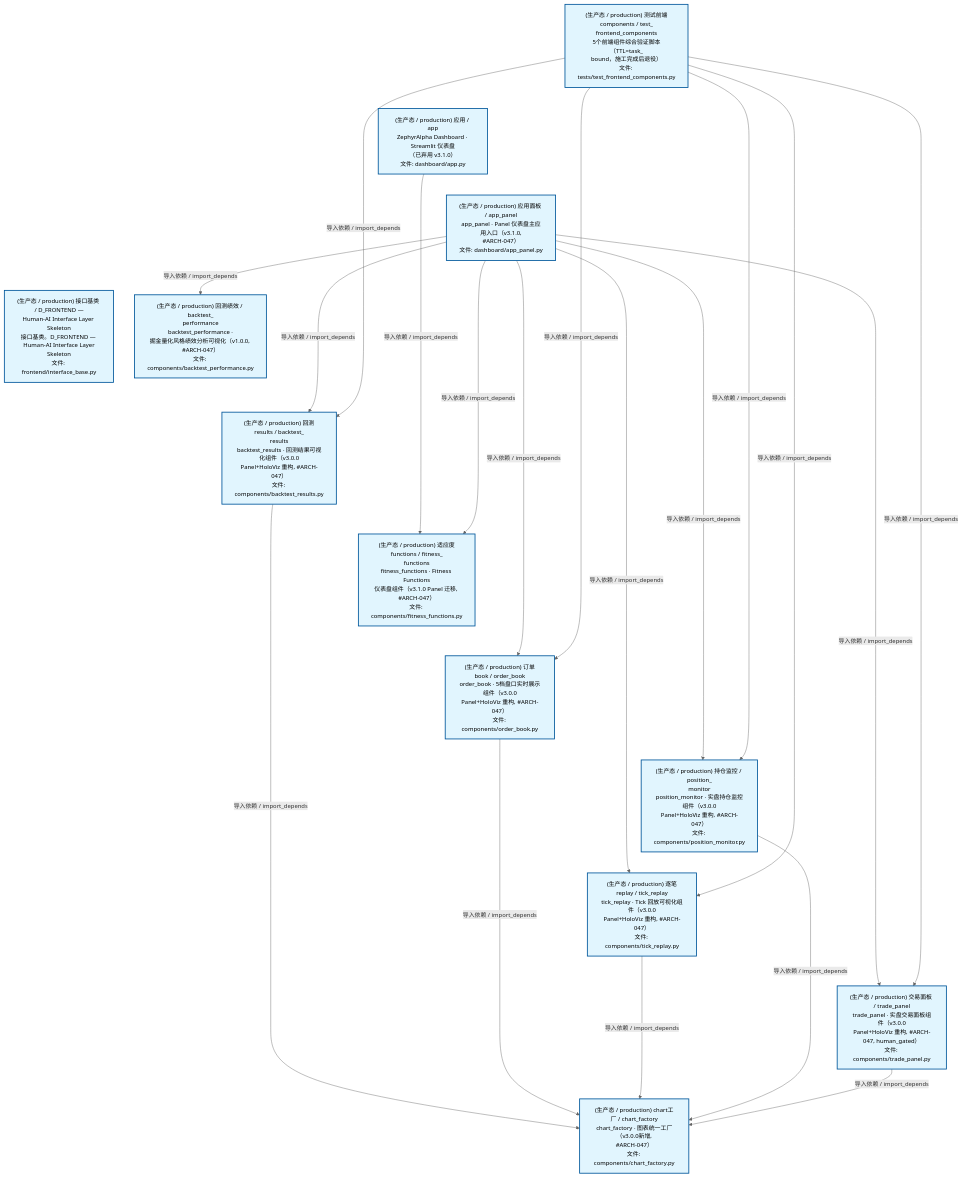
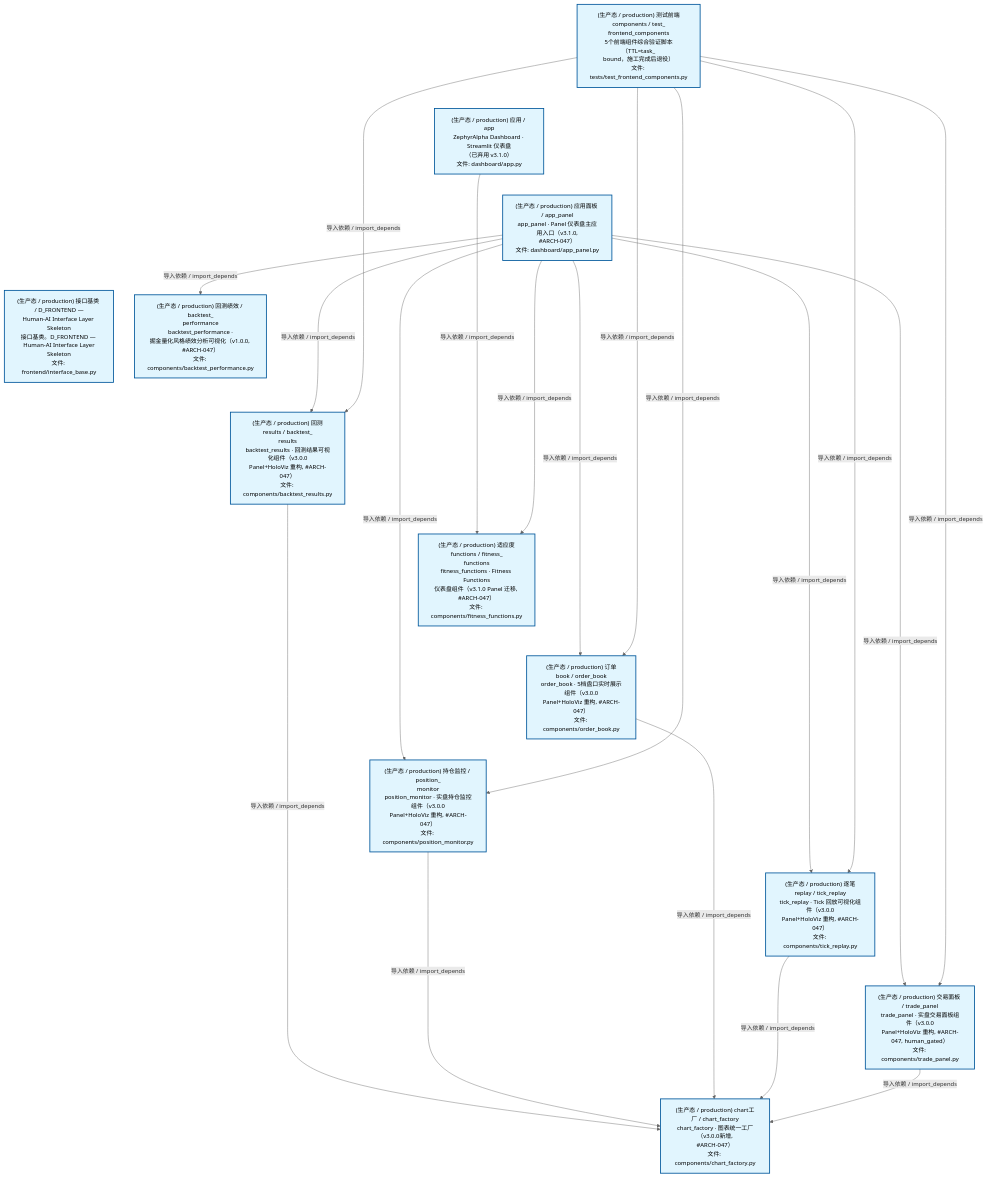
The second of 4 diagrams in docs/02_enterprise_architecture/02_domain_architecture_docs/47_d_frontend.md (xuanFelixVan/ZephyrAlpha), drawn with Mermaid before and after one commit. The commit also changed other lines of this file and 37 other files, not shown here.

````diff
--- a/docs/02_enterprise_architecture/02_domain_architecture_docs/47_d_frontend.md
+++ b/docs/02_enterprise_architecture/02_domain_architecture_docs/47_d_frontend.md
@@ -124,48 +124,48 @@
 ```mermaid
 %%{init: {'theme': 'base', 'themeVariables': {'primaryColor': '#eaeaea', 'primaryTextColor': '#333333', 'primaryBorderColor': '#666666', 'lineColor': '#666666', 'secondaryColor': '#eaeaea', 'tertiaryColor': '#eaeaea', 'fontSize': '14px'}}}%%
 flowchart TD
     scripts_tests_test_frontend_components_py["(生产态 / production) 测试前端components / test_<br/>frontend_components<br/>5个前端组件综合验证脚本（TTL=task_<br/>bound，施工完成后退役）<br/>文件: tests/test_frontend_components.py"]
     src_zephyr_frontend_dashboard_app_py["(生产态 / production) 应用 / app<br/>ZephyrAlpha Dashboard · Streamlit 仪表盘<br/>（已弃用 v3.1.0）<br/>文件: dashboard/app.py"]
     src_zephyr_frontend_dashboard_app_panel_py["(生产态 / production) 应用面板 / app_panel<br/>app_panel · Panel 仪表盘主应用入口（v3.1.0,<br/>#ARCH-047）<br/>文件: dashboard/app_panel.py"]
     src_zephyr_frontend_interface_base_py["(生产态 / production) 接口基类 / D_FRONTEND —<br/>Human-AI Interface Layer Skeleton<br/>接口基类。D_FRONTEND — Human-AI Interface Layer<br/>Skeleton<br/>文件: frontend/interface_base.py"]
     scripts_tests_test_frontend_components_py ~~~ src_zephyr_frontend_dashboard_app_py
     src_zephyr_frontend_dashboard_app_py ~~~ src_zephyr_frontend_dashboard_app_panel_py
     src_zephyr_frontend_dashboard_app_panel_py ~~~ src_zephyr_frontend_interface_base_py
     src_zephyr_frontend_dashboard_components_backtest_performance_py["(生产态 / production) 回测绩效 / backtest_<br/>performance<br/>backtest_performance ·<br/>掘金量化风格绩效分析可视化（v1.0.0, #ARCH-047）<br/>文件: components/backtest_performance.py"]
     src_zephyr_frontend_dashboard_components_backtest_results_py["(生产态 / production) 回测results / backtest_<br/>results<br/>backtest_results · 回测结果可视化组件（v3.0.0<br/>Panel+HoloViz 重构, #ARCH-047）<br/>文件: components/backtest_results.py"]
     src_zephyr_frontend_dashboard_components_fitness_functions_py["(生产态 / production) 适应度functions / fitness_<br/>functions<br/>fitness_functions · Fitness Functions<br/>仪表盘组件（v3.1.0 Panel 迁移, #ARCH-047）<br/>文件: components/fitness_functions.py"]
     src_zephyr_frontend_dashboard_components_order_book_py["(生产态 / production) 订单book / order_book<br/>order_book · 5档盘口实时展示组件（v3.0.0<br/>Panel+HoloViz 重构, #ARCH-047）<br/>文件: components/order_book.py"]
     src_zephyr_frontend_dashboard_components_position_monitor_py["(生产态 / production) 持仓监控 / position_<br/>monitor<br/>position_monitor · 实盘持仓监控组件（v3.0.0<br/>Panel+HoloViz 重构, #ARCH-047）<br/>文件: components/position_monitor.py"]
     src_zephyr_frontend_dashboard_components_tick_replay_py["(生产态 / production) 逐笔replay / tick_replay<br/>tick_replay · Tick 回放可视化组件（v3.0.0<br/>Panel+HoloViz 重构, #ARCH-047）<br/>文件: components/tick_replay.py"]
     src_zephyr_frontend_dashboard_components_trade_panel_py["(生产态 / production) 交易面板 / trade_panel<br/>trade_panel · 实盘交易面板组件（v3.0.0<br/>Panel+HoloViz 重构, #ARCH-047, human_gated）<br/>文件: components/trade_panel.py"]
     src_zephyr_frontend_dashboard_components_backtest_performance_py ~~~ src_zephyr_frontend_dashboard_components_backtest_results_py
     src_zephyr_frontend_dashboard_components_backtest_results_py ~~~ src_zephyr_frontend_dashboard_components_fitness_functions_py
     src_zephyr_frontend_dashboard_components_fitness_functions_py ~~~ src_zephyr_frontend_dashboard_components_order_book_py
     src_zephyr_frontend_dashboard_components_order_book_py ~~~ src_zephyr_frontend_dashboard_components_position_monitor_py
     src_zephyr_frontend_dashboard_components_position_monitor_py ~~~ src_zephyr_frontend_dashboard_components_tick_replay_py
     src_zephyr_frontend_dashboard_components_tick_replay_py ~~~ src_zephyr_frontend_dashboard_components_trade_panel_py
     src_zephyr_frontend_dashboard_components_chart_factory_py["(生产态 / production) chart工厂 / chart_factory<br/>chart_factory · 图表统一工厂（v3.0.0新增,<br/>#ARCH-047）<br/>文件: components/chart_factory.py"]
     src_zephyr_frontend_dashboard_app_py -->|导入依赖 / import_depends| src_zephyr_frontend_dashboard_components_fitness_functions_py
-    src_zephyr_frontend_dashboard_components_backtest_results_py -->|导入依赖 / import_depends| src_zephyr_frontend_dashboard_components_chart_factory_py
     src_zephyr_frontend_dashboard_app_panel_py -->|导入依赖 / import_depends| src_zephyr_frontend_dashboard_components_backtest_results_py
+    src_zephyr_frontend_dashboard_app_panel_py -->|导入依赖 / import_depends| src_zephyr_frontend_dashboard_components_backtest_performance_py
     src_zephyr_frontend_dashboard_app_panel_py -->|导入依赖 / import_depends| src_zephyr_frontend_dashboard_components_fitness_functions_py
+    src_zephyr_frontend_dashboard_app_panel_py -->|导入依赖 / import_depends| src_zephyr_frontend_dashboard_components_position_monitor_py
     src_zephyr_frontend_dashboard_app_panel_py -->|导入依赖 / import_depends| src_zephyr_frontend_dashboard_components_order_book_py
     src_zephyr_frontend_dashboard_app_panel_py -->|导入依赖 / import_depends| src_zephyr_frontend_dashboard_components_tick_replay_py
-    src_zephyr_frontend_dashboard_app_panel_py -->|导入依赖 / import_depends| src_zephyr_frontend_dashboard_components_position_monitor_py
-    src_zephyr_frontend_dashboard_app_panel_py -->|导入依赖 / import_depends| src_zephyr_frontend_dashboard_components_backtest_performance_py
     src_zephyr_frontend_dashboard_app_panel_py -->|导入依赖 / import_depends| src_zephyr_frontend_dashboard_components_trade_panel_py
+    src_zephyr_frontend_dashboard_components_backtest_results_py -->|导入依赖 / import_depends| src_zephyr_frontend_dashboard_components_chart_factory_py
+    src_zephyr_frontend_dashboard_components_position_monitor_py -->|导入依赖 / import_depends| src_zephyr_frontend_dashboard_components_chart_factory_py
     src_zephyr_frontend_dashboard_components_order_book_py -->|导入依赖 / import_depends| src_zephyr_frontend_dashboard_components_chart_factory_py
     src_zephyr_frontend_dashboard_components_tick_replay_py -->|导入依赖 / import_depends| src_zephyr_frontend_dashboard_components_chart_factory_py
-    src_zephyr_frontend_dashboard_components_position_monitor_py -->|导入依赖 / import_depends| src_zephyr_frontend_dashboard_components_chart_factory_py
     src_zephyr_frontend_dashboard_components_trade_panel_py -->|导入依赖 / import_depends| src_zephyr_frontend_dashboard_components_chart_factory_py
     scripts_tests_test_frontend_components_py -->|导入依赖 / import_depends| src_zephyr_frontend_dashboard_components_backtest_results_py
+    scripts_tests_test_frontend_components_py -->|导入依赖 / import_depends| src_zephyr_frontend_dashboard_components_position_monitor_py
     scripts_tests_test_frontend_components_py -->|导入依赖 / import_depends| src_zephyr_frontend_dashboard_components_order_book_py
     scripts_tests_test_frontend_components_py -->|导入依赖 / import_depends| src_zephyr_frontend_dashboard_components_tick_replay_py
-    scripts_tests_test_frontend_components_py -->|导入依赖 / import_depends| src_zephyr_frontend_dashboard_components_position_monitor_py
     scripts_tests_test_frontend_components_py -->|导入依赖 / import_depends| src_zephyr_frontend_dashboard_components_trade_panel_py
     classDef production fill:#e1f5fe,stroke:#01579b,stroke-width:2px,color:#000
     classDef design fill:#fff3e0,stroke:#e65100,stroke-width:2px,color:#000,stroke-dasharray: 5 5
     classDef external_prod fill:#e8f4fd,stroke:#0277bd,stroke-width:1px,color:#000
     classDef external_design fill:#fff8e7,stroke:#ef6c00,stroke-width:1px,color:#000,stroke-dasharray: 5 5
     class scripts_tests_test_frontend_components_py,src_zephyr_frontend_dashboard_app_py,src_zephyr_frontend_dashboard_app_panel_py,src_zephyr_frontend_dashboard_components_backtest_performance_py,src_zephyr_frontend_dashboard_components_backtest_results_py,src_zephyr_frontend_dashboard_components_chart_factory_py,src_zephyr_frontend_dashboard_components_fitness_functions_py,src_zephyr_frontend_dashboard_components_order_book_py,src_zephyr_frontend_dashboard_components_position_monitor_py,src_zephyr_frontend_dashboard_components_tick_replay_py,src_zephyr_frontend_dashboard_components_trade_panel_py,src_zephyr_frontend_interface_base_py production
 ```
````
